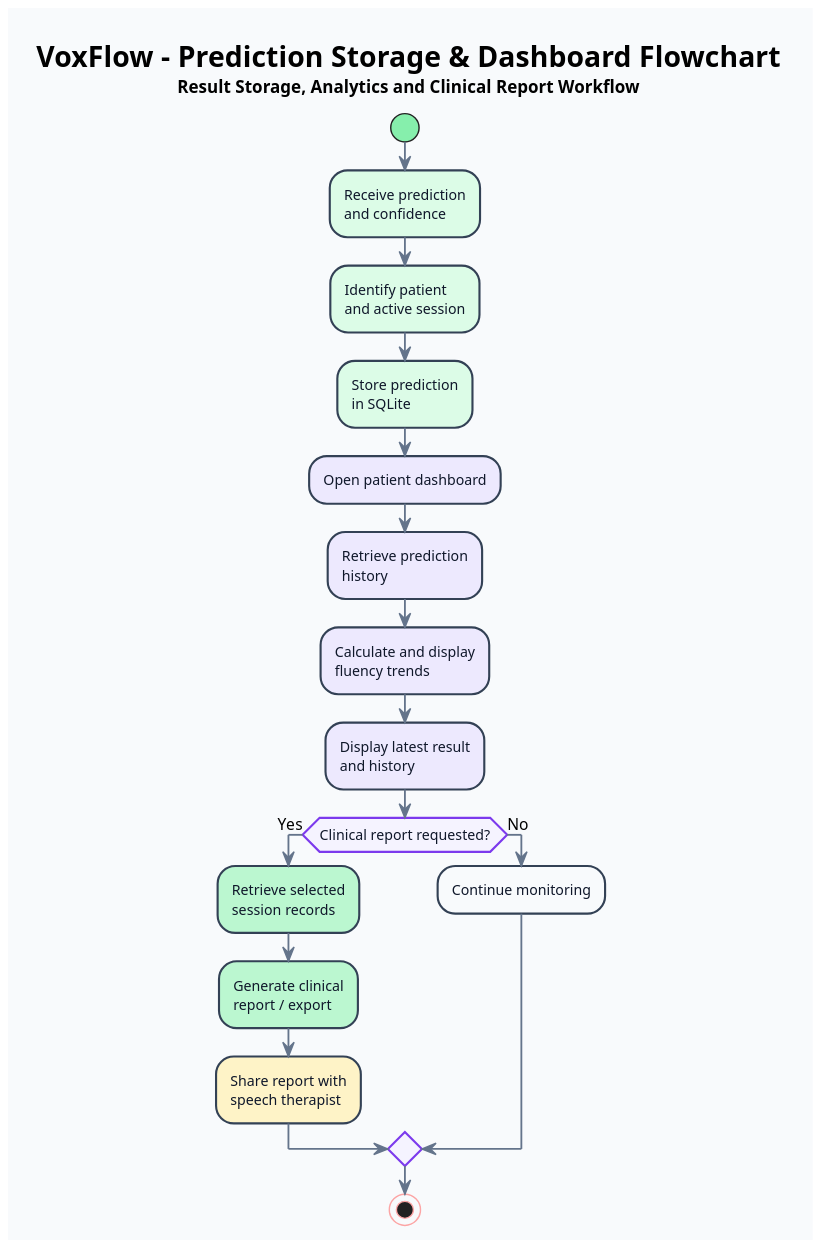
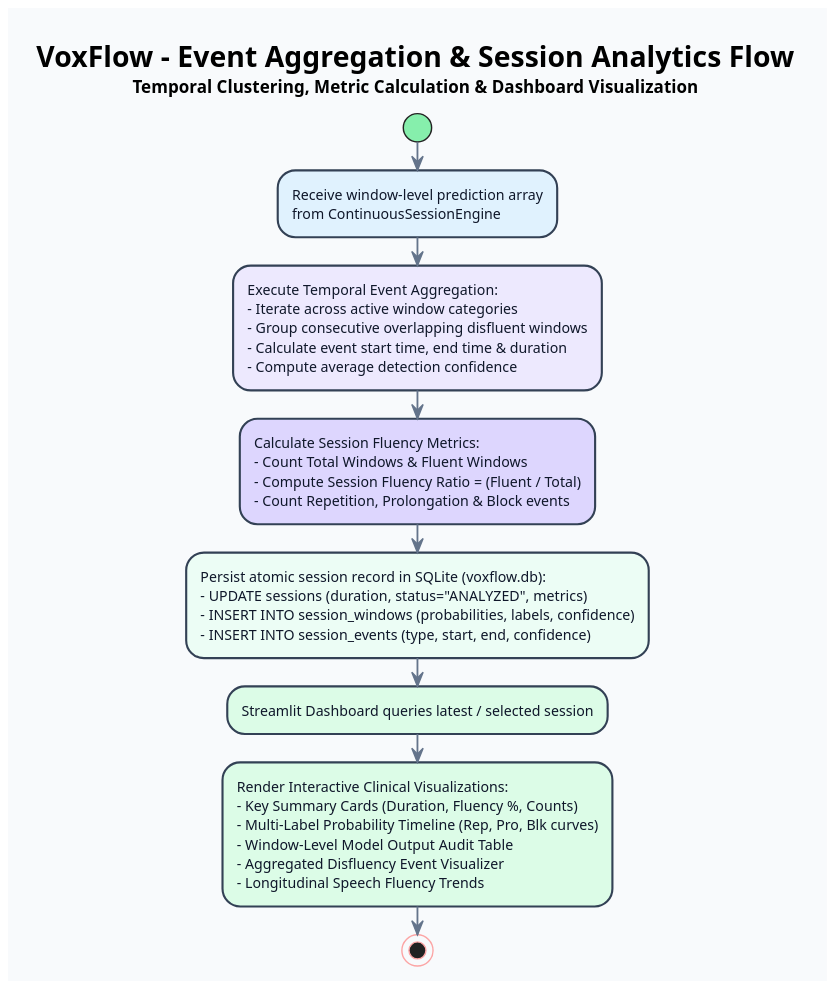
Before and after one commit to PetaSivaNandhanReddy/voxflow: the diagram in VoxFlow_uml/VoxFlow_uml/methodology/3_PredStorage_Dashboard.puml, drawn with PlantUML. The commit also changed 31 other files, not shown here.

Commit message:
docs: align uml architecture with final voxflow system

```diff
--- a/VoxFlow_uml/VoxFlow_uml/methodology/3_PredStorage_Dashboard.puml
+++ b/VoxFlow_uml/VoxFlow_uml/methodology/3_PredStorage_Dashboard.puml
@@ -1,60 +1,42 @@
 @startuml
-
-title <size:20><b>VoxFlow - Prediction Storage & Dashboard Flowchart</b></size>\n<size:12>Result Storage, Analytics and Clinical Report Workflow</size>
+title <size:20><b>VoxFlow - Event Aggregation & Session Analytics Flow</b></size>\n<size:12>Temporal Clustering, Metric Calculation & Dashboard Visualization</size>
 
 skinparam backgroundColor #F8FAFC
 skinparam shadowing false
 skinparam dpi 170
 
 skinparam activity {
     BackgroundColor #FFFFFF
     BorderColor #334155
     BorderThickness 1.5
     FontColor #0F172A
     FontSize 10
 
     DiamondBackgroundColor #F5F3FF
     DiamondBorderColor #7C3AED
     DiamondFontColor #0F172A
 
     StartColor #86EFAC
     StopColor #FCA5A5
 }
 
 skinparam ArrowColor #64748B
 skinparam ArrowThickness 1.3
 
-
 start
 
-#DCFCE7:Receive prediction\nand confidence;
+#E0F2FE:Receive window-level prediction array\nfrom ContinuousSessionEngine;
 
-#DCFCE7:Identify patient\nand active session;
+#EDE9FE:Execute Temporal Event Aggregation:\n- Iterate across active window categories\n- Group consecutive overlapping disfluent windows\n- Calculate event start time, end time & duration\n- Compute average detection confidence;
 
-#DCFCE7:Store prediction\nin SQLite;
+#DDD6FE:Calculate Session Fluency Metrics:\n- Count Total Windows & Fluent Windows\n- Compute Session Fluency Ratio = (Fluent / Total)\n- Count Repetition, Prolongation & Block events;
 
-#EDE9FE:Open patient dashboard;
+#ECFDF5:Persist atomic session record in SQLite (voxflow.db):\n- UPDATE sessions (duration, status="ANALYZED", metrics)\n- INSERT INTO session_windows (probabilities, labels, confidence)\n- INSERT INTO session_events (type, start, end, confidence);
 
-#EDE9FE:Retrieve prediction\nhistory;
+#DCFCE7:Streamlit Dashboard queries latest / selected session;
 
-#EDE9FE:Calculate and display\nfluency trends;
-
-#EDE9FE:Display latest result\nand history;
-
-if (Clinical report requested?) then (Yes)
-
-    #BBF7D0:Retrieve selected\nsession records;
-
-    #BBF7D0:Generate clinical\nreport / export;
-
-    #FEF3C7:Share report with\nspeech therapist;
-
-else (No)
-
-    #F8FAFC:Continue monitoring;
-
-endif
+#DCFCE7:Render Interactive Clinical Visualizations:\n- Key Summary Cards (Duration, Fluency %, Counts)\n- Multi-Label Probability Timeline (Rep, Pro, Blk curves)\n- Window-Level Model Output Audit Table\n- Aggregated Disfluency Event Visualizer\n- Longitudinal Speech Fluency Trends;
 
 stop
 
 @enduml
```
